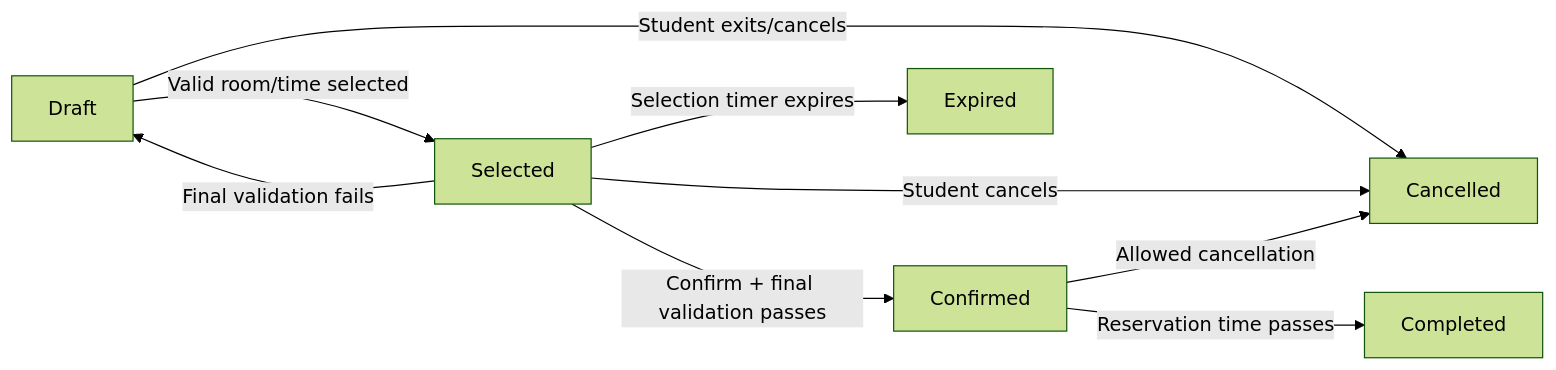
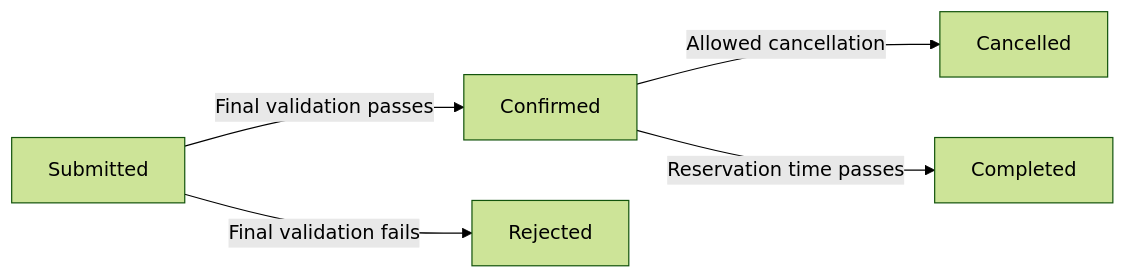
The diagram in docs/state-model-v1.md (Abelvarg/mis3371-study-room-reservation), drawn with Mermaid (forest theme) before and after one commit. The commit also changed other lines of this file and 4 other files, not shown here.

````diff
--- a/docs/state-model-v1.md
+++ b/docs/state-model-v1.md
@@ -16,11 +15,7 @@
 ```mermaid
 flowchart LR
-    D[Draft] -->|Valid room/time selected| S[Selected]
-    D -->|Student exits/cancels| C[Cancelled]
-    S -->|Confirm + final validation passes| F[Confirmed]
-    S -->|Student cancels| C
-    S -->|Selection timer expires| E[Expired]
-    S -->|Final validation fails| D
-    F -->|Allowed cancellation| C
+    S[Submitted] -->|Final validation passes| F[Confirmed]
+    S -->|Final validation fails| R[Rejected]
+    F -->|Allowed cancellation| C[Cancelled]
     F -->|Reservation time passes| X[Completed]
 ```
````
